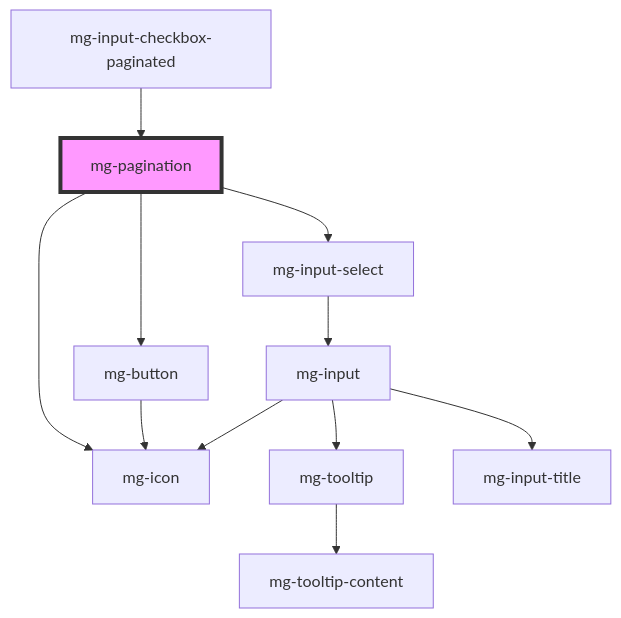
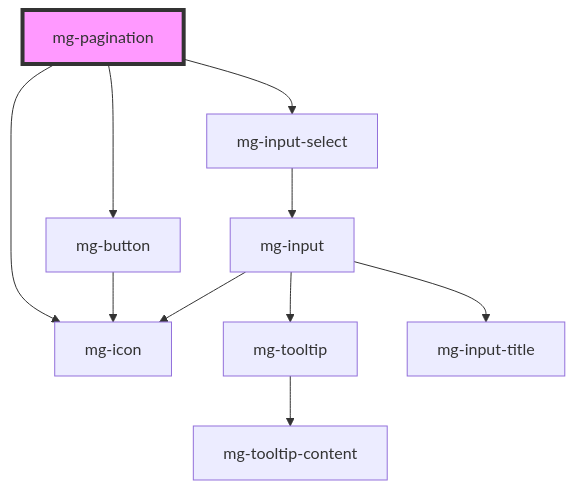
Before and after one commit to MGDIS/core-ui: the diagram in packages/mg-components/src/components/molecules/mg-pagination/readme.md, drawn with Mermaid. The commit also changed other lines of this file and 51 other files, not shown here.

First line of the commit message:
feat(mg-input-checkbox): multi: manage sections with `<mg-tabs>`

````diff
--- a/packages/mg-components/src/components/molecules/mg-pagination/readme.md
+++ b/packages/mg-components/src/components/molecules/mg-pagination/readme.md
@@ -44,14 +40,13 @@
 ```mermaid
 graph TD;
   mg-pagination --> mg-button
   mg-pagination --> mg-icon
   mg-pagination --> mg-input-select
   mg-button --> mg-icon
   mg-input-select --> mg-input
   mg-input --> mg-tooltip
   mg-input --> mg-icon
   mg-input --> mg-input-title
   mg-tooltip --> mg-tooltip-content
-  mg-input-checkbox-paginated --> mg-pagination
   style mg-pagination fill:#f9f,stroke:#333,stroke-width:4px
 ```
````
